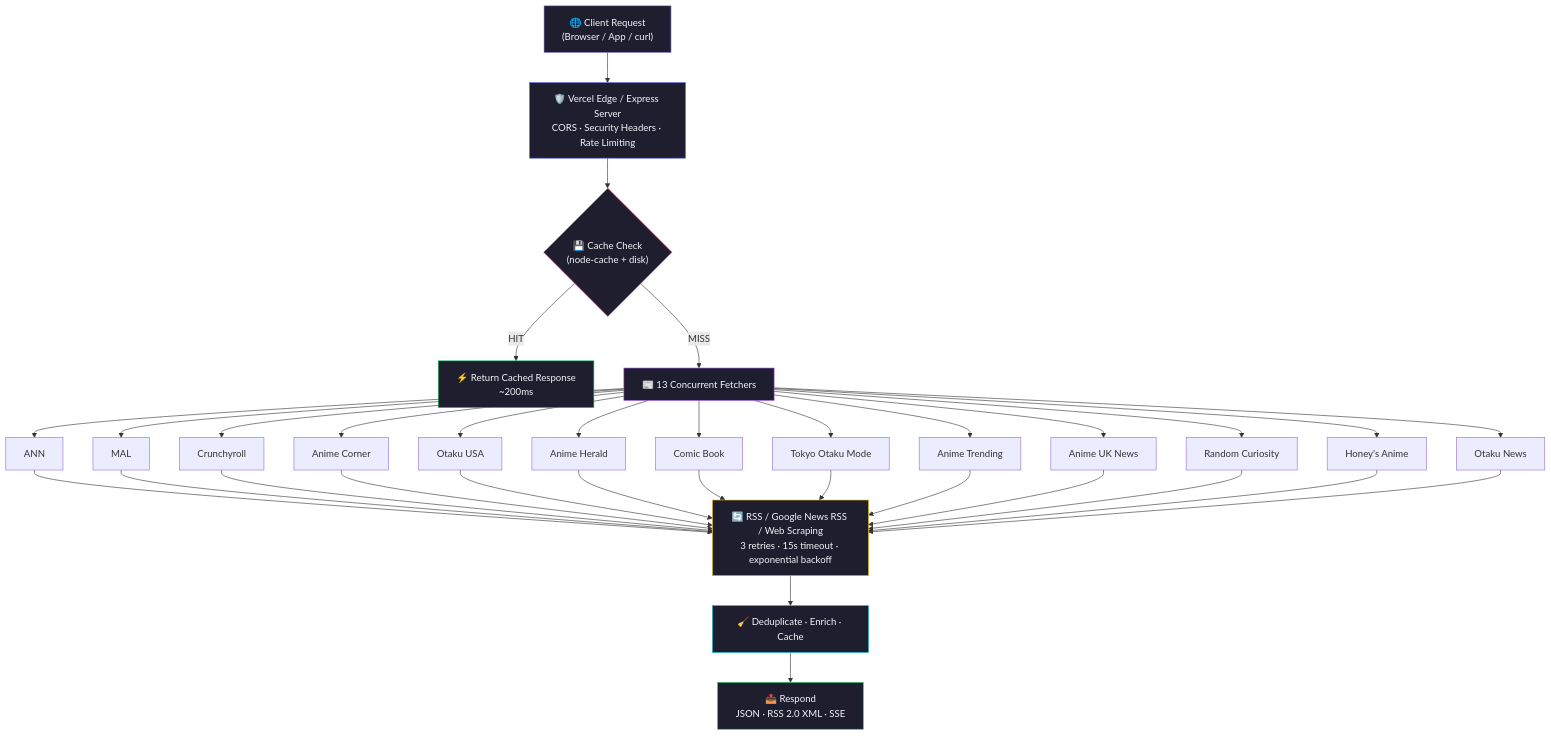
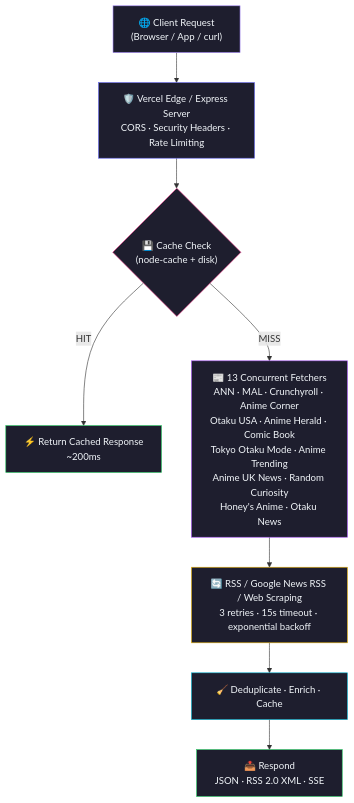
Before and after one commit to Alvaro-Ferraz/kizuna-news-provider: the first of 2 diagrams in README.md, drawn with Mermaid.

Commit message:
fix: simplify mermaid diagram to fix GitHub rendering error

````diff
--- a/README.md
+++ b/README.md
@@ -96,34 +96,20 @@
 ```mermaid
 flowchart TD
     A["🌐 Client Request<br/>(Browser / App / curl)"] --> B["🛡️ Vercel Edge / Express Server<br/>CORS · Security Headers · Rate Limiting"]
     B --> C{"💾 Cache Check<br/>(node-cache + disk)"}
     C -- HIT --> D["⚡ Return Cached Response<br/>~200ms"]
-    C -- MISS --> E["📰 13 Concurrent Fetchers"]
+    C -- MISS --> E["📰 13 Concurrent Fetchers<br/>ANN · MAL · Crunchyroll · Anime Corner<br/>Otaku USA · Anime Herald · Comic Book<br/>Tokyo Otaku Mode · Anime Trending<br/>Anime UK News · Random Curiosity<br/>Honey's Anime · Otaku News"]
 
-    E --> E1["ANN"]
-    E --> E2["MAL"]
-    E --> E3["Crunchyroll"]
-    E --> E4["Anime Corner"]
-    E --> E5["Otaku USA"]
-    E --> E6["Anime Herald"]
-    E --> E7["Comic Book"]
-    E --> E8["Tokyo Otaku Mode"]
-    E --> E9["Anime Trending"]
-    E --> E10["Anime UK News"]
-    E --> E11["Random Curiosity"]
-    E --> E12["Honey's Anime"]
-    E --> E13["Otaku News"]
-
-    E1 & E2 & E3 & E4 & E5 & E6 & E7 & E8 & E9 & E10 & E11 & E12 & E13 --> F["🔄 RSS / Google News RSS / Web Scraping<br/>3 retries · 15s timeout · exponential backoff"]
+    E --> F["🔄 RSS / Google News RSS / Web Scraping<br/>3 retries · 15s timeout · exponential backoff"]
     F --> G["🧹 Deduplicate · Enrich · Cache"]
     G --> H["📤 Respond<br/>JSON · RSS 2.0 XML · SSE"]
 
     style A fill:#1e1e2e,stroke:#a78bfa,color:#f1f5f9
     style B fill:#1e1e2e,stroke:#6366f1,color:#f1f5f9
     style C fill:#1e1e2e,stroke:#f43f8e,color:#f1f5f9
     style D fill:#1e1e2e,stroke:#22c55e,color:#f1f5f9
     style E fill:#1e1e2e,stroke:#a855f7,color:#f1f5f9
     style F fill:#1e1e2e,stroke:#eab308,color:#f1f5f9
     style G fill:#1e1e2e,stroke:#06b6d4,color:#f1f5f9
     style H fill:#1e1e2e,stroke:#22c55e,color:#f1f5f9
 ```
````
